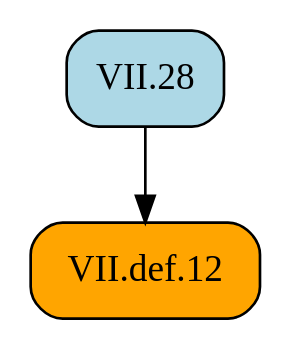
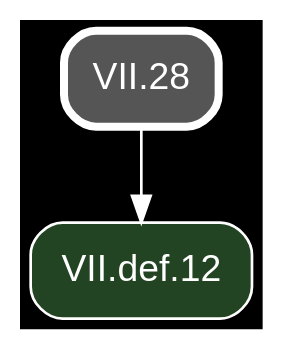
One commit to geometor/elements changed the diagram in docsrc/heath/VII/28/index.rst. Above: the diagram before and after it, drawn with Graphviz. The commit also changed other lines of this file and 1200 other files, not shown here.

Commit message:
update dependency graphs

```diff
--- a/docsrc/heath/VII/28/index.rst
+++ b/docsrc/heath/VII/28/index.rst
@@ -52,9 +52,11 @@
 .. graphviz::
 
    digraph {
+     bgcolor="black";
+     node [shape=box, style="rounded,filled", fontname="Helvetica", color="white", fontcolor="white"];
+     edge [color="white", fontcolor="white"];
      rankdir="TB";
-     node [shape=box, style=rounded];
-     "VII.def.12" [style="rounded,filled", fillcolor=orange, URL="/heath/VII/def.12/", target="_top"];
-     "VII.28" [style="rounded,filled", fillcolor=lightblue, URL="/heath/VII/28/", target="_top"];
+     "VII.def.12" [fillcolor="#224422", URL="/heath/VII/def.12/", target="_top"];
+     "VII.28" [penwidth=3, color="white", fillcolor="#555555", URL="/heath/VII/28/", target="_top"];
      "VII.28" -> "VII.def.12";
    }
```
